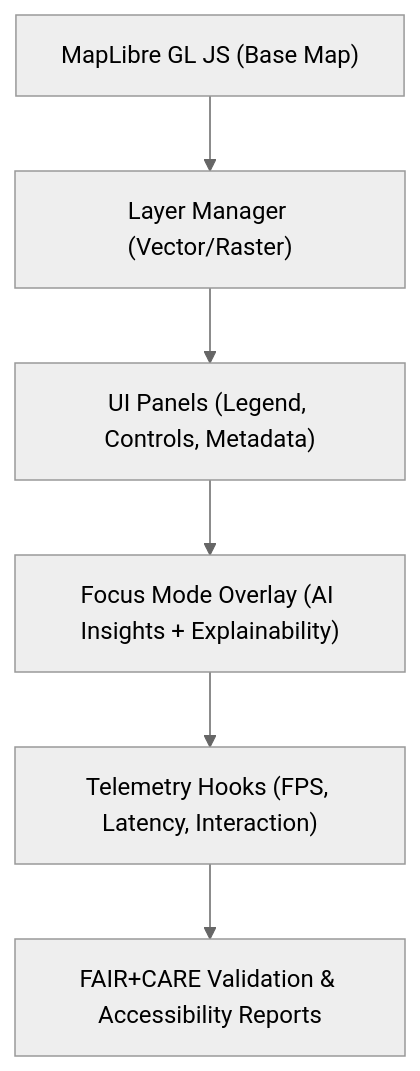
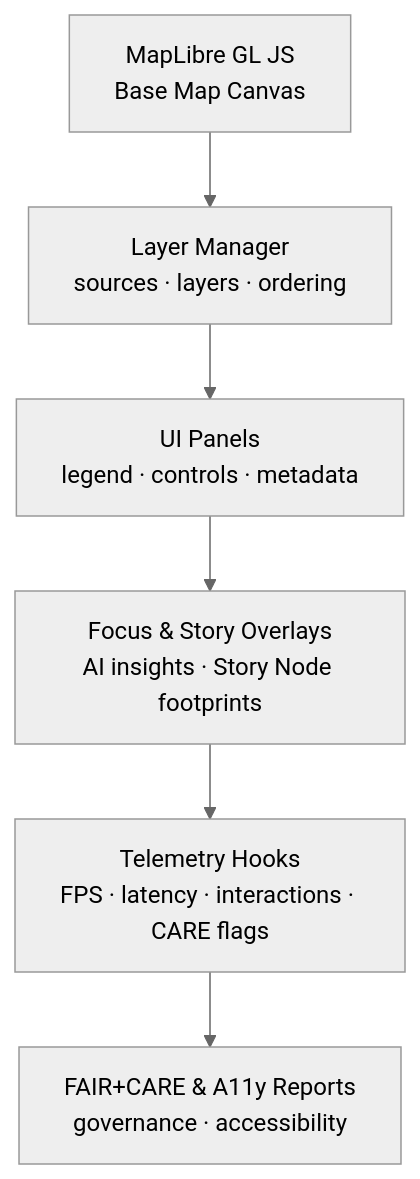
One commit to bartytime4life/Kansas-Frontier-Matrix changed the diagram in docs/guides/visualization/maplibre-ui-design.md. Above: the diagram before and after it, drawn with Mermaid (neutral theme). The commit also changed other lines of this file, not shown here.

`````diff
--- a/docs/guides/visualization/maplibre-ui-design.md
+++ b/docs/guides/visualization/maplibre-ui-design.md
@@ -62,8 +88,9 @@
 ```mermaid
 flowchart TD
-A["MapLibre GL JS (Base Map)"] --> B["Layer Manager (Vector/Raster)"]
-B --> C["UI Panels (Legend, Controls, Metadata)"]
-C --> D["Focus Mode Overlay (AI Insights + Explainability)"]
-D --> E["Telemetry Hooks (FPS, Latency, Interaction)"]
-E --> F["FAIR+CARE Validation & Accessibility Reports"]
-```
+
+BASE["MapLibre GL JS<br/>Base Map Canvas"] --> LM["Layer Manager<br/>sources · layers · ordering"]
+LM --> PANELS["UI Panels<br/>legend · controls · metadata"]
+PANELS --> FOCUS["Focus & Story Overlays<br/>AI insights · Story Node footprints"]
+FOCUS --> TELE["Telemetry Hooks<br/>FPS · latency · interactions · CARE flags"]
+TELE --> GOV["FAIR+CARE & A11y Reports<br/>governance · accessibility"]
+````
`````
